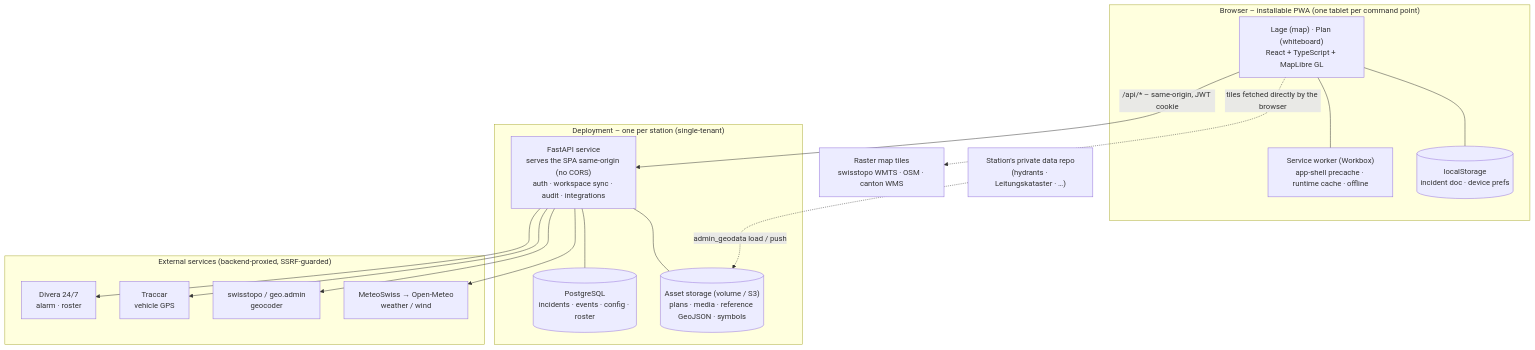
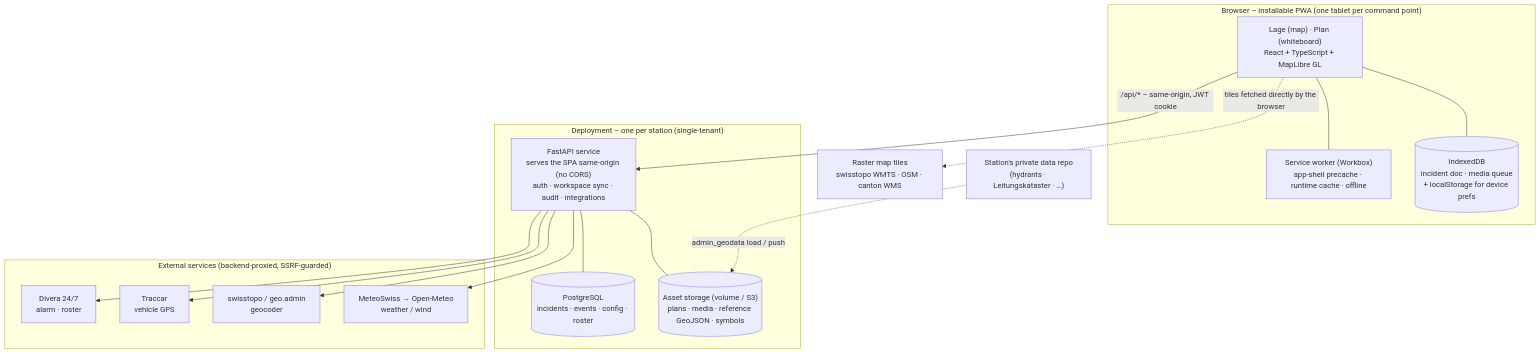
One commit to feuerwehr-oberwil/kp-front changed the first of 5 diagrams in docs/ARCHITECTURE.md. Above: the diagram before and after it, drawn with Mermaid. The commit also changed other lines of this file and 13 other files, not shown here.

````diff
--- a/docs/ARCHITECTURE.md
+++ b/docs/ARCHITECTURE.md
@@ -14,36 +14,36 @@
 ```mermaid
 flowchart TB
   subgraph CLIENT["Browser – installable PWA (one tablet per command point)"]
     UI["Lage (map) · Plan (whiteboard)<br/>React + TypeScript + MapLibre GL"]
     SW["Service worker (Workbox)<br/>app-shell precache · runtime cache · offline"]
-    LS[("localStorage<br/>incident doc · device prefs")]
+    LS[("IndexedDB<br/>incident doc · media queue<br/>+ localStorage for device prefs")]
     UI --- SW
     UI --- LS
   end
 
   subgraph DEP["Deployment – one per station (single-tenant)"]
     API["FastAPI service<br/>serves the SPA same-origin (no CORS)<br/>auth · workspace sync · audit · integrations"]
     DB[("PostgreSQL<br/>incidents · events · config · roster")]
     FILES[("Asset storage (volume / S3)<br/>plans · media · reference GeoJSON · symbols")]
     API --- DB
     API --- FILES
   end
 
   subgraph EXT["External services (backend-proxied, SSRF-guarded)"]
     DIV["Divera 24/7<br/>alarm · roster"]
     TRC["Traccar<br/>vehicle GPS"]
     GEO["swisstopo / geo.admin<br/>geocoder"]
     WX["MeteoSwiss → Open-Meteo<br/>weather / wind"]
   end
 
   TILES["Raster map tiles<br/>swisstopo WMTS · OSM · canton WMS"]
   PRIV["Station's private data repo<br/>(hydrants · Leitungskataster · …)"]
 
   UI -->|"/api/* – same-origin, JWT cookie"| API
   API --> DIV
   API --> TRC
   API --> GEO
   API --> WX
   UI -. "tiles fetched directly by the browser" .-> TILES
   PRIV -. "admin_geodata load / push" .-> FILES
 ```
````
